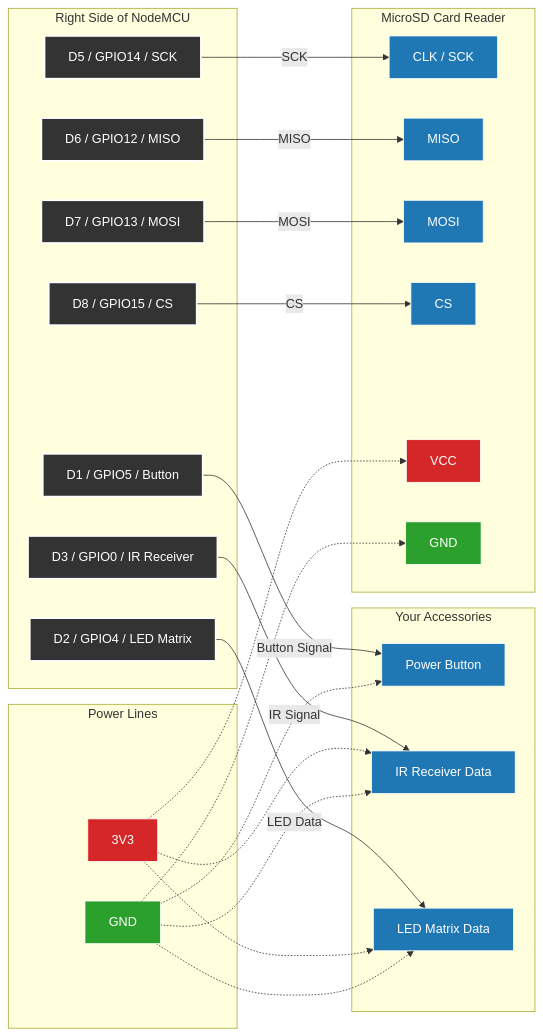
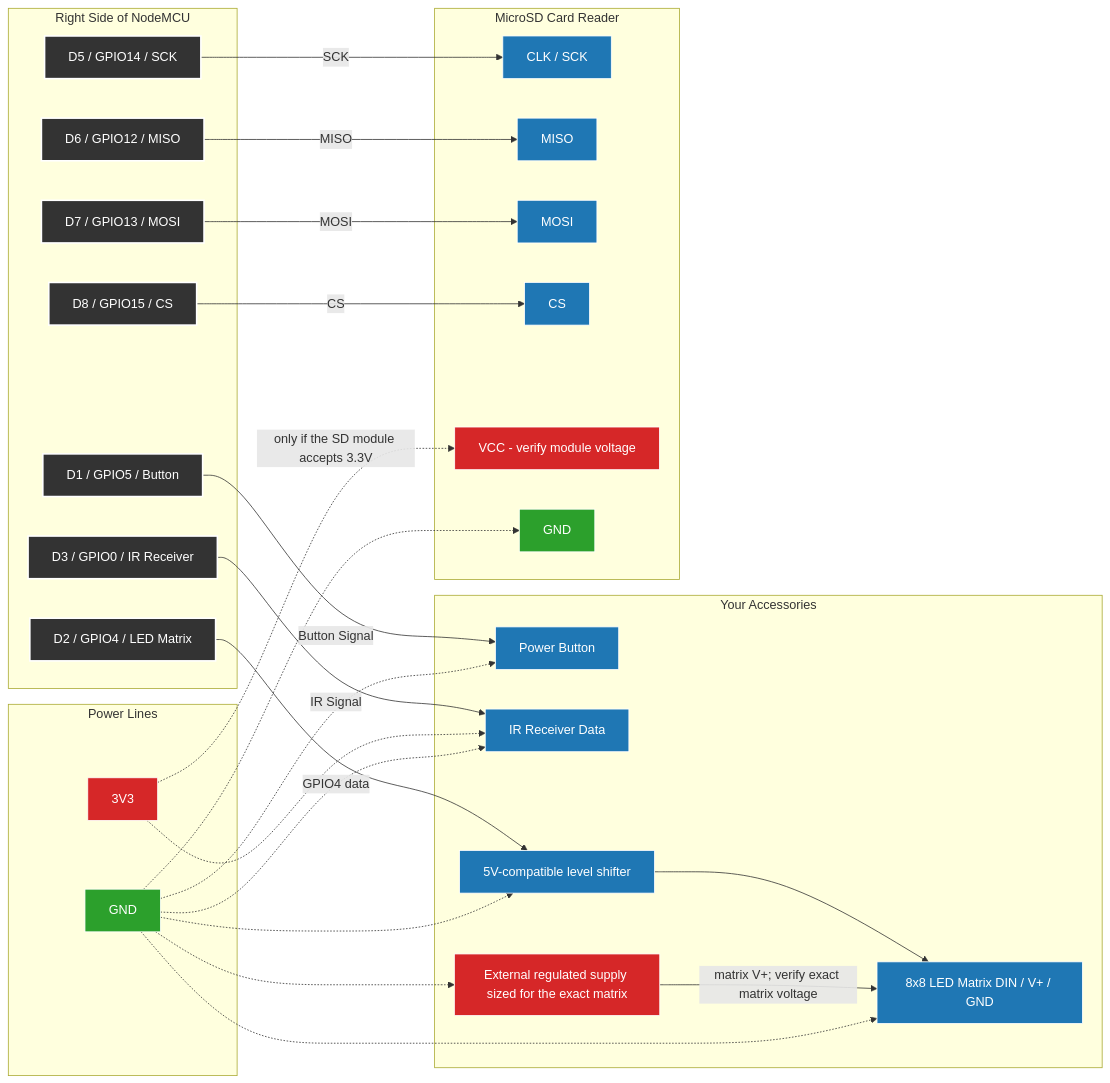
Before and after one commit to christian-sanches/2d-led-matrix: the diagram in diagram.mermaid, drawn with Mermaid. The commit also changed 20 other files, not shown here.

```diff
--- a/diagram.mermaid
+++ b/diagram.mermaid
@@ -1,60 +1,65 @@
 graph LR
     %% styles
     classDef nodemcu fill:#333,stroke:#fff,stroke-width:2px,color:#fff;
     classDef component fill:#1f77b4,stroke:#fff,stroke-width:1px,color:#fff;
     classDef power fill:#d62728,stroke:#fff,stroke-width:1px,color:#fff;
     classDef gnd fill:#2ca02c,stroke:#fff,stroke-width:1px,color:#fff;
 
     %%  NodeMCU nodes by side
     subgraph Right_Side [Right Side of NodeMCU]
         D1[D1 / GPIO5 / Button]:::nodemcu
         D2[D2 / GPIO4 / LED Matrix]:::nodemcu
         D3[D3 / GPIO0 / IR Receiver]:::nodemcu
         D5[D5 / GPIO14 / SCK]:::nodemcu
         D6[D6 / GPIO12 / MISO]:::nodemcu
         D7[D7 / GPIO13 / MOSI]:::nodemcu
         D8[D8 / GPIO15 / CS]:::nodemcu
     end
 
     subgraph Power_NodeMCU [Power Lines]
         3V3[3V3]:::power
         GND[GND]:::gnd
     end
 
     %% External Components
     subgraph Accessories [Your Accessories]
         Button[Power Button]:::component
         IR_Receiver[IR Receiver Data]:::component
-        LED_Strip[LED Matrix Data]:::component
+        LED_Shifter[5V-compatible level shifter]:::component
+        LED_Strip[8x8 LED Matrix DIN / V+ / GND]:::component
+        PSU[External regulated supply sized for the exact matrix]:::power
     end
 
     subgraph MicroSD [MicroSD Card Reader]
         SD_CLK[CLK / SCK]:::component
         SD_MISO[MISO]:::component
         SD_MOSI[MOSI]:::component
         SD_CS[CS]:::component
-        SD_VCC[VCC]:::power
+        SD_VCC[VCC - verify module voltage]:::power
         SD_GND[GND]:::gnd
     end
 
     %% SD Data Connections (Fixed HSPI Pins)
     D5 -->|SCK| SD_CLK
     D6 -->|MISO| SD_MISO
     D7 -->|MOSI| SD_MOSI
     D8 -->|CS| SD_CS
 
     %% Accessories Data Connections
     D1 -->|Button Signal| Button
-    D2 -->|LED Data| LED_Strip
+    D2 -->|GPIO4 data| LED_Shifter
+    LED_Shifter --> LED_Strip
     D3 -->|IR Signal| IR_Receiver
 
     %% 3.3V Distribution
-    3V3 -.-> SD_VCC
+    3V3 -.->|only if the SD module accepts 3.3V| SD_VCC
     3V3 -.-> IR_Receiver
-    3V3 -.-> LED_Strip
+    PSU -->|matrix V+; verify exact matrix voltage| LED_Strip
 
     %% GND Distribution
     GND -.-> SD_GND
     GND -.-> Button
     GND -.-> IR_Receiver
     GND -.-> LED_Strip
+    GND -.-> LED_Shifter
+    GND -.-> PSU
```
